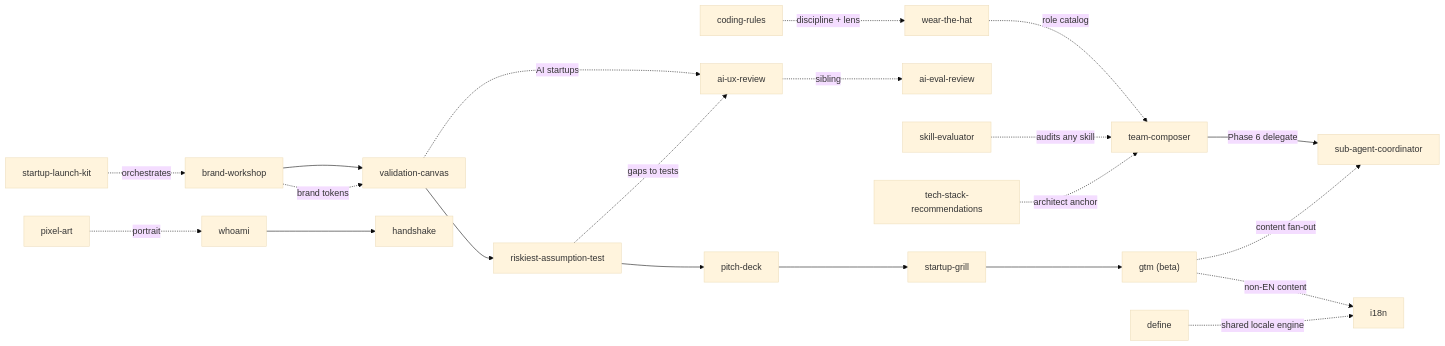
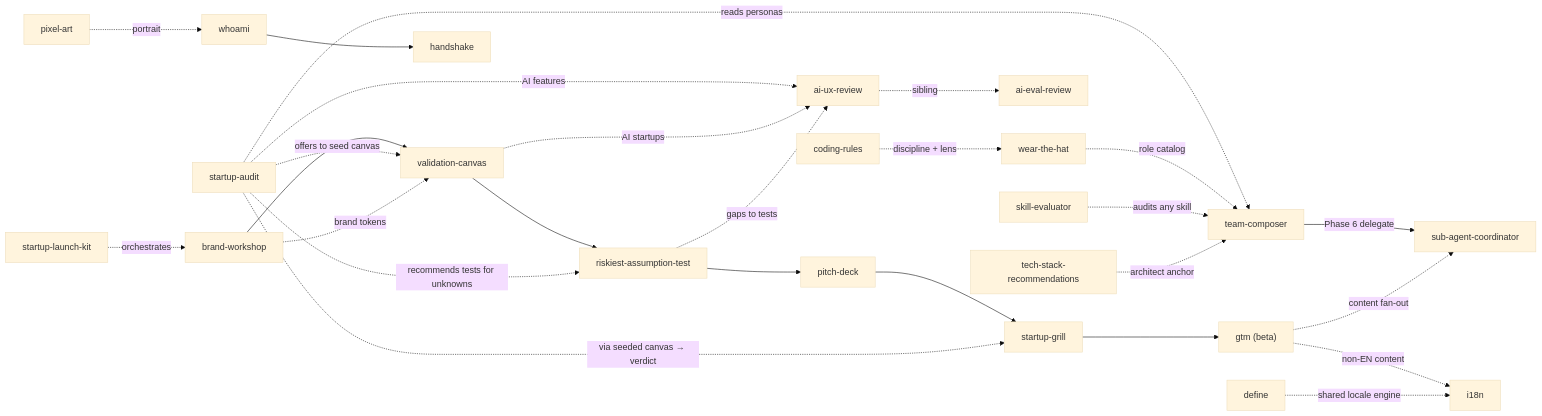
One commit to sorawit-w/agent-skills changed the diagram in docs/skill-graph.md. Above: the diagram before and after it, drawn with Mermaid (base theme). The commit also changed other lines of this file and 13 other files, not shown here.

````diff
--- a/docs/skill-graph.md
+++ b/docs/skill-graph.md
@@ -36,28 +37,35 @@
 ```mermaid
 graph LR
   %% Startup pipeline (solid = gated handoff)
   BW[brand-workshop] --> VC[validation-canvas] --> RAT[riskiest-assumption-test] --> PD[pitch-deck] --> SG[startup-grill] --> GTM["gtm (beta)"]
   SLK[startup-launch-kit] -.->|orchestrates| BW
 
   %% Delegation pipeline
   TC[team-composer] -->|Phase 6 delegate| SAC[sub-agent-coordinator]
 
   %% AI-review siblings
   AUX[ai-ux-review] -.->|sibling| AEV[ai-eval-review]
 
   %% Personalization
   WAI[whoami] --> HS[handshake]
 
+  %% Post-build diligence (mirror of the pre-build pipeline)
+  SA[startup-audit] -.->|offers to seed canvas| VC
+  SA -.->|recommends tests for unknowns| RAT
+  SA -.->|via seeded canvas → verdict| SG
+  SA -.->|reads personas| TC
+  SA -.->|AI features| AUX
+
   %% Key cross-edges (dashed = pairs-with / consumes / suggests)
   WTH[wear-the-hat] -.->|role catalog| TC
   BW -.->|brand tokens| VC
   VC -.->|AI startups| AUX
   RAT -.->|gaps to tests| AUX
   GTM -.->|content fan-out| SAC
   GTM -.->|non-EN content| I18N[i18n]
   DEF[define] -.->|shared locale engine| I18N
   PXL[pixel-art] -.->|portrait| WAI
   SE[skill-evaluator] -.->|audits any skill| TC
   CR[coding-rules] -.->|discipline + lens| WTH
   TSR[tech-stack-recommendations] -.->|architect anchor| TC
 ```
````
